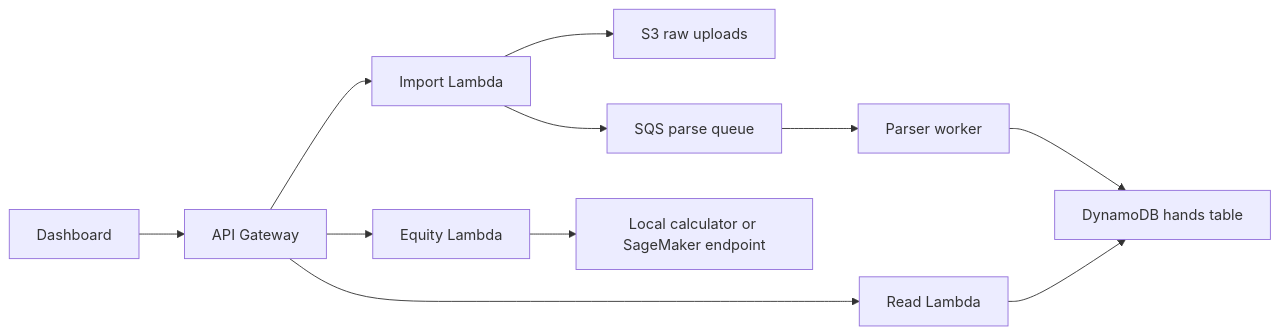
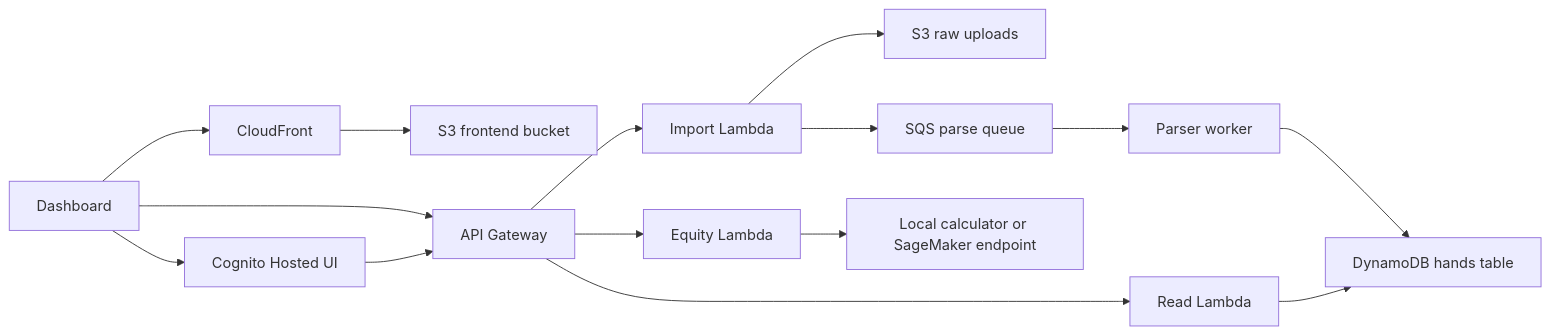
One commit to yt3328/BackdoorFlush changed the diagram in docs/architecture.md. Above: the diagram before and after it, drawn with Mermaid. The commit also changed other lines of this file and 13 other files, not shown here.

Commit message:
Add authenticated cloud dashboard for v0.4

````diff
--- a/docs/architecture.md
+++ b/docs/architecture.md
@@ -5,13 +5,17 @@
 ```mermaid
 flowchart LR
-  Browser["Dashboard"] --> API["API Gateway"]
+  Browser["Dashboard"] --> CloudFront["CloudFront"]
+  CloudFront --> FrontendS3["S3 frontend bucket"]
+  Browser --> Cognito["Cognito Hosted UI"]
+  Browser --> API["API Gateway"]
+  Cognito --> API
   API --> ImportLambda["Import Lambda"]
   API --> ReadLambda["Read Lambda"]
   API --> EquityLambda["Equity Lambda"]
   ImportLambda --> S3["S3 raw uploads"]
   ImportLambda --> Queue["SQS parse queue"]
   Queue --> Parser["Parser worker"]
   Parser --> Dynamo["DynamoDB hands table"]
   ReadLambda --> Dynamo
   EquityLambda --> Model["Local calculator or SageMaker endpoint"]
 ```
````
